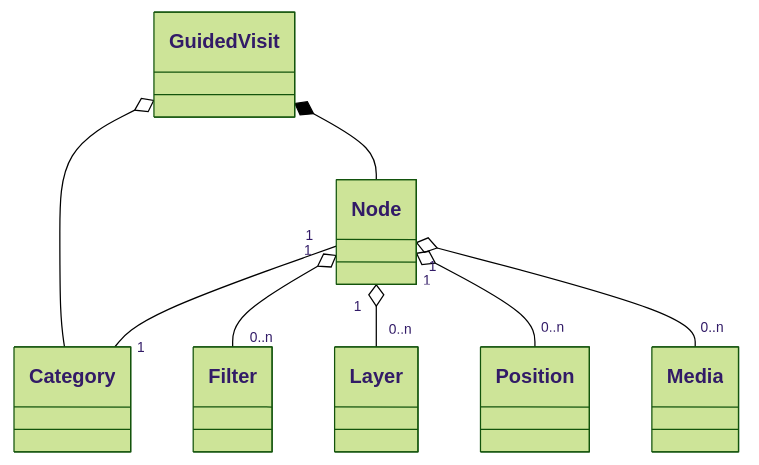
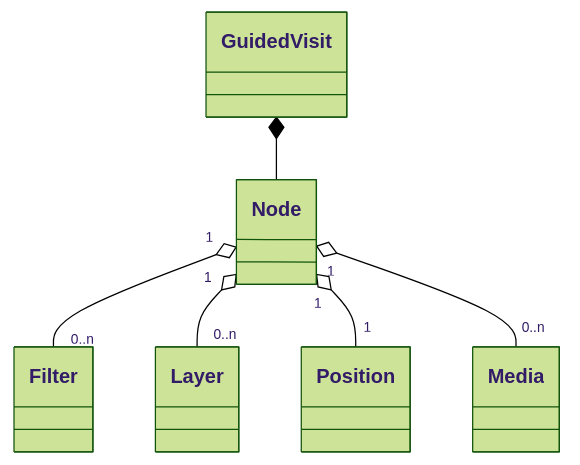
The first of 2 diagrams in Readme.md (VCityTeam/UD-Demo-TIGA-Vallee-Du-Gier), drawn with Mermaid (forest theme) before and after one commit. The commit also changed other lines of this file, not shown here.

Commit message:
doc: delete categories from guided visit doc

````diff
--- a/Readme.md
+++ b/Readme.md
@@ -107,10 +105,8 @@
 ```mermaid
 classDiagram
     GuidedVisit *-- Node
-    GuidedVisit o-- Category
-    Node "1" -- "1" Category
     Node "1" o-- "0..n" Filter
     Node "1" o-- "0..n" Layer
-    Node "1" o-- "0..n" Position
+    Node "1" o-- "1" Position
     Node "1" o-- "0..n" Media
 ```
````
